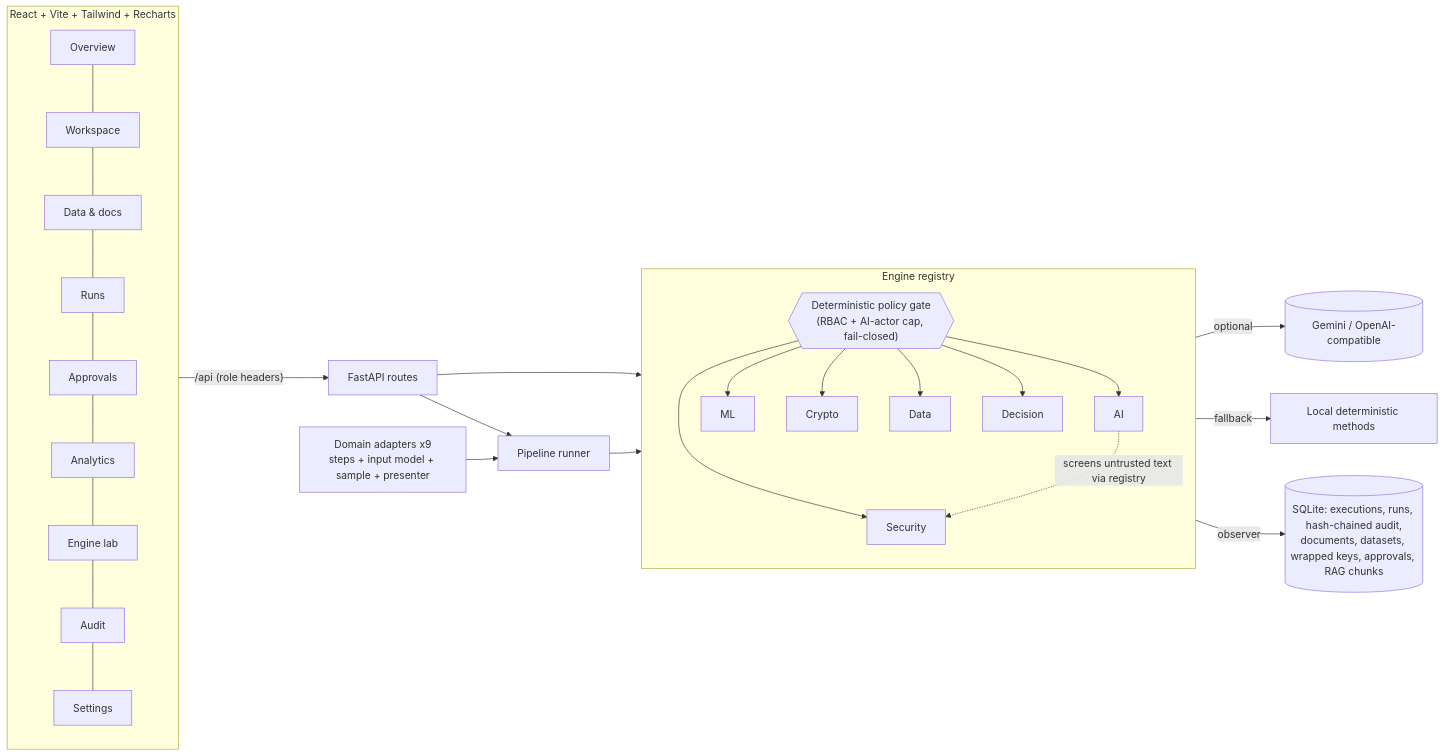
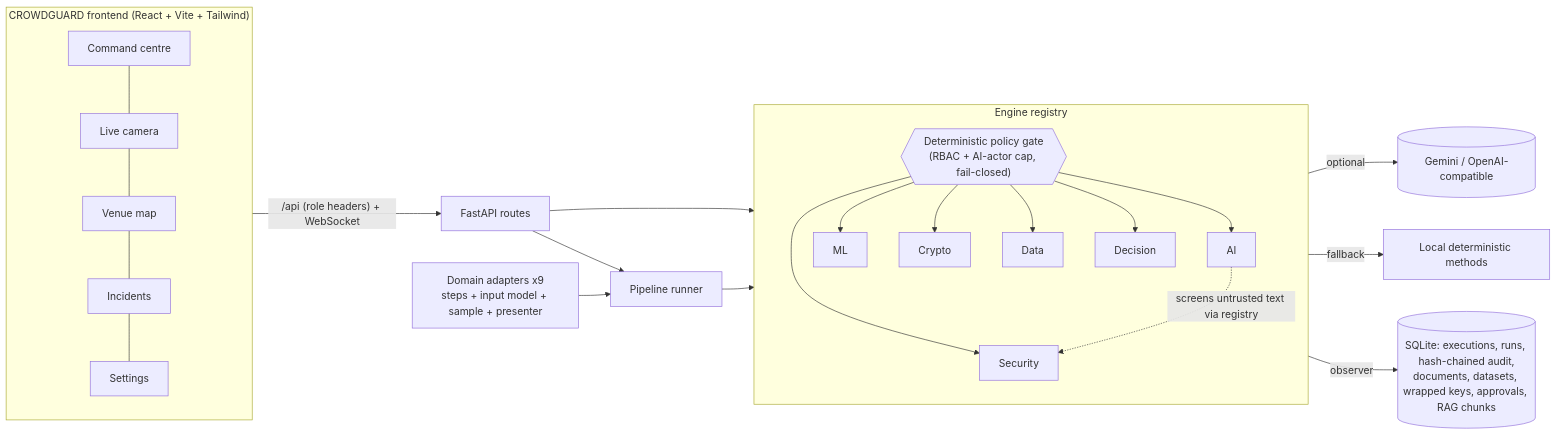
One commit to Zynx095/bughunt changed the diagram in README.md. Above: the diagram before and after it, drawn with Mermaid. The commit also changed other lines of this file and 6 other files, not shown here.

First line of the commit message:
docs: real-time architecture, measured performance, CROWDGUARD README

````diff
--- a/README.md
+++ b/README.md
@@ -82,20 +146,20 @@
 ```mermaid
 flowchart LR
-  subgraph UI["React + Vite + Tailwind + Recharts"]
-    OV[Overview] --- WS[Workspace] --- DI[Data & docs] --- RU[Runs] --- AP[Approvals] --- AN[Analytics] --- EL[Engine lab] --- AU[Audit] --- SE[Settings]
+  subgraph UI["CROWDGUARD frontend (React + Vite + Tailwind)"]
+    CC[Command centre] --- LC[Live camera] --- VM[Venue map] --- IN[Incidents] --- SE[Settings]
   end
-  UI -- "/api (role headers)" --> API[FastAPI routes]
+  UI -- "/api (role headers) + WebSocket" --> API[FastAPI routes]
   API --> PR[Pipeline runner]
   API --> REG
   PR --> REG
   subgraph REG["Engine registry"]
     direction TB
     POL{{"Deterministic policy gate<br/>(RBAC + AI-actor cap, fail-closed)"}}
     POL --> SEC[Security] & AI[AI] & ML[ML] & CR[Crypto] & DA[Data] & DE[Decision]
   end
   AI -. "screens untrusted text via registry" .-> SEC
   AI -- "optional" --> LLM[(Gemini / OpenAI-compatible)]
   AI -- "fallback" --> LOC[Local deterministic methods]
   REG -- observer --> DB[(SQLite: executions, runs, hash-chained audit,<br/>documents, datasets, wrapped keys, approvals, RAG chunks)]
   DOM[Domain adapters x9<br/>steps + input model + sample + presenter] --> PR
 ```
````
